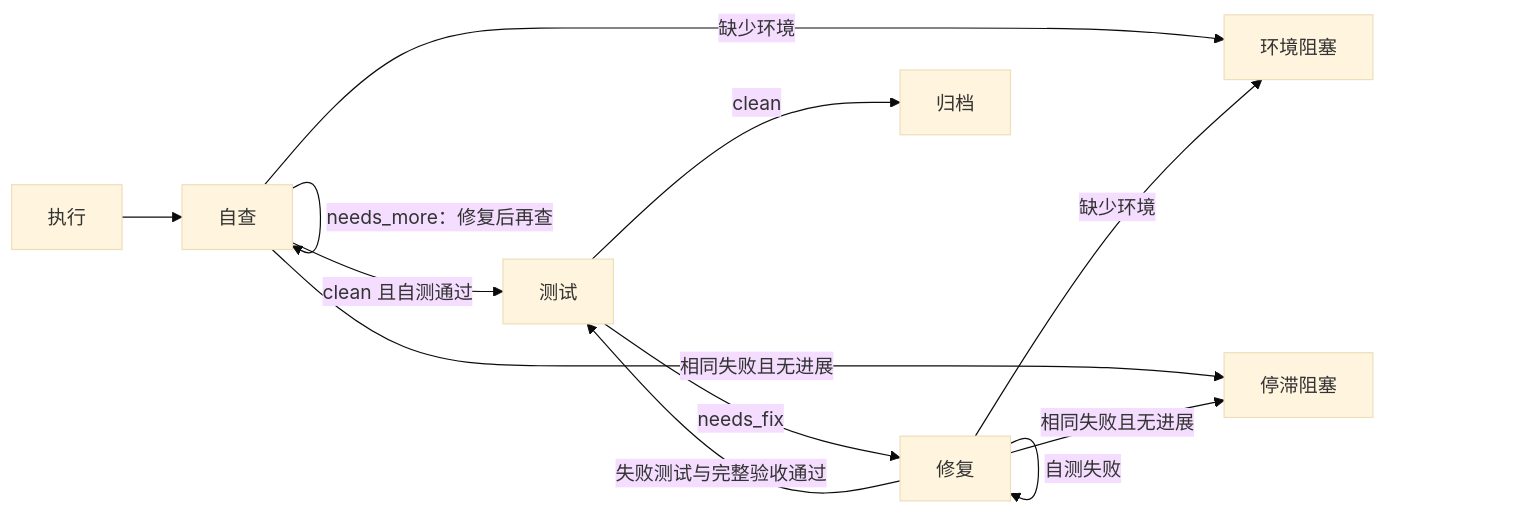
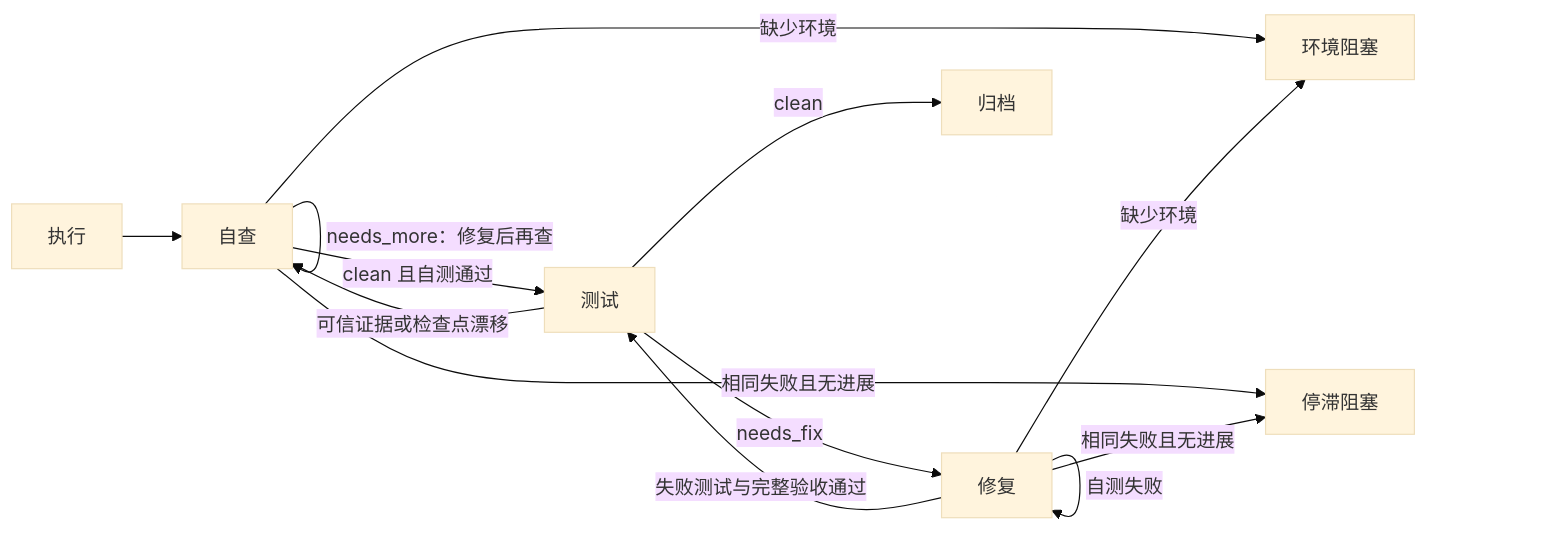
Before and after one commit to xbugs221/oz: the fourth of 4 diagrams in README.md, drawn with Mermaid (base theme). The commit also changed other lines of this file and 39 other files, not shown here.

````diff
--- a/README.md
+++ b/README.md
@@ -122,14 +125,15 @@
 ```mermaid
 flowchart LR
     E["执行"] --> U["自查"]
     U -->|"needs_more：修复后再查"| U
     U -->|"clean 且自测通过"| Q["测试"]
+    Q -->|"可信证据或检查点漂移"| U
     Q -->|"needs_fix"| T["修复"]
     T -->|"失败测试与完整验收通过"| Q
     T -->|"自测失败"| T
     Q -->|"clean"| A["归档"]
     U -->|"缺少环境"| BE["环境阻塞"]
     T -->|"缺少环境"| BE
     U -->|"相同失败且无进展"| BS["停滞阻塞"]
     T -->|"相同失败且无进展"| BS
 ```
````
